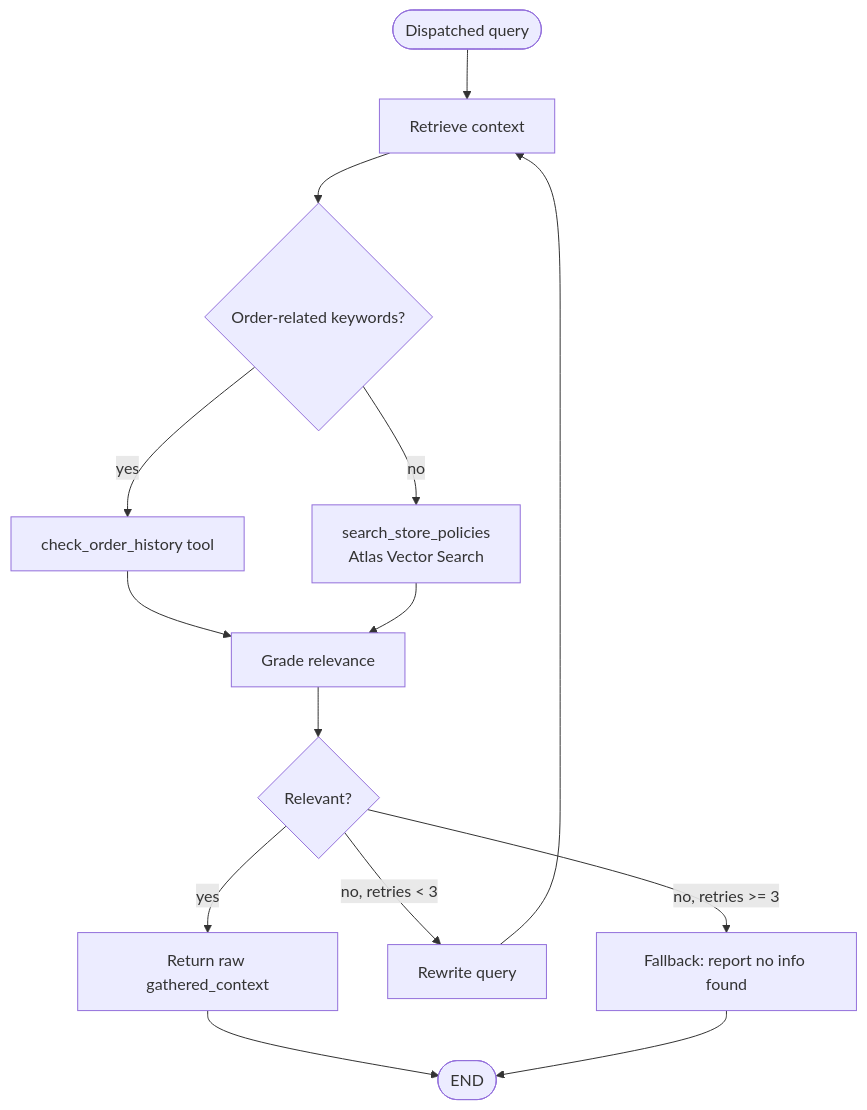
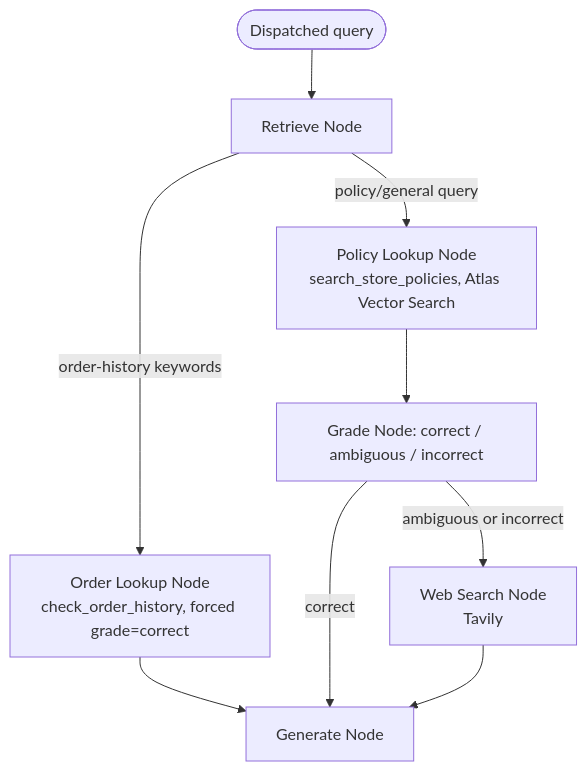
One commit to nirajp728/quick-commerce-agentic-ai changed the fifth of 7 diagrams in README.md. Above: the diagram before and after it, drawn with Mermaid. The commit also changed other lines of this file, not shown here.

````diff
--- a/README.md
+++ b/README.md
@@ -163,15 +172,13 @@
 ```mermaid
 flowchart TD
-    START([Dispatched query]) --> RETRIEVE[Retrieve context]
-    RETRIEVE --> TYPE{Order-related keywords?}
-    TYPE -->|yes| ORDERS[check_order_history tool]
-    TYPE -->|no| POLICY[search_store_policies<br/>Atlas Vector Search]
-    ORDERS --> GRADE[Grade relevance]
-    POLICY --> GRADE
-    GRADE --> DECISION{Relevant?}
-    DECISION -->|yes| DONE[Return raw gathered_context]
-    DECISION -->|no, retries < 3| REWRITE[Rewrite query] --> RETRIEVE
-    DECISION -->|no, retries >= 3| FALLBACK[Fallback: report no info found]
-    DONE --> END([END])
-    FALLBACK --> END
+    START([Dispatched query]) --> RETRIEVE[Retrieve Node]
+    RETRIEVE -->|order-history keywords| ORDERLOOKUP[Order Lookup Node<br/>check_order_history, forced grade=correct]
+    RETRIEVE -->|policy/general query| POLICYLOOKUP[Policy Lookup Node<br/>search_store_policies, Atlas Vector Search]
+
+    ORDERLOOKUP --> GENERATE[Generate Node]
+    POLICYLOOKUP --> GRADE[Grade Node: correct / ambiguous / incorrect]
+
+    GRADE -->|correct| GENERATE
+    GRADE -->|ambiguous or incorrect| WEBSEARCH[Web Search Node<br/>Tavily]
+    WEBSEARCH --> GENERATE
 ```
````
